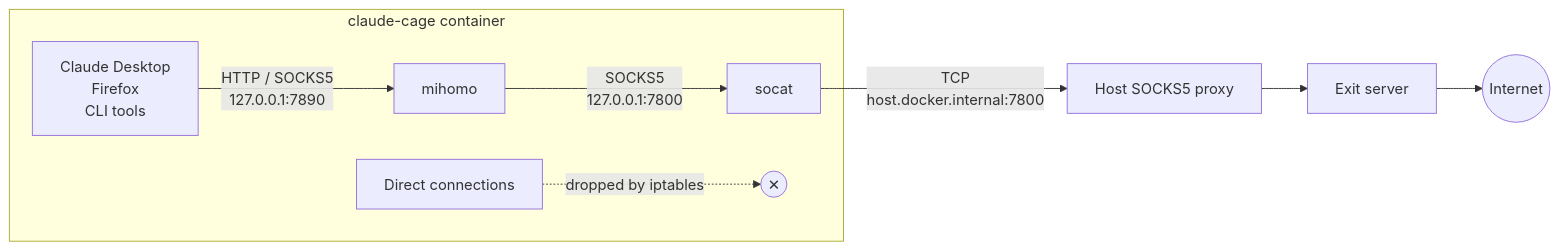
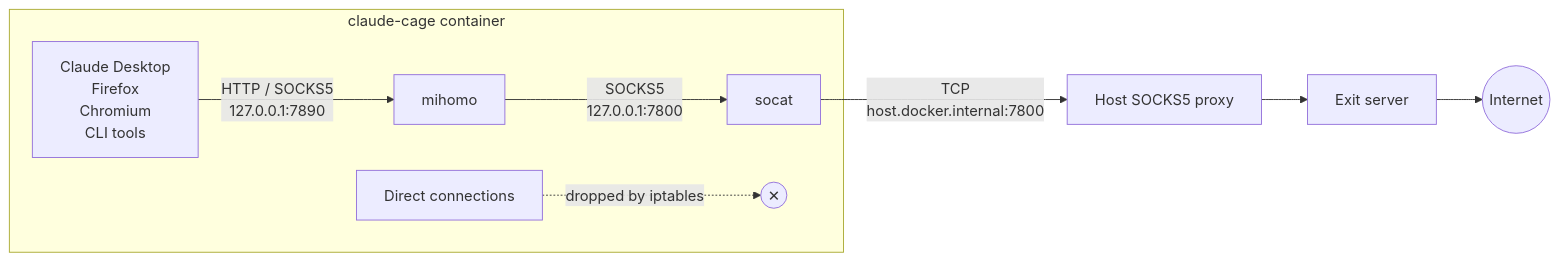
One commit to ferrobit/claude-cage changed the diagram in README.md. Above: the diagram before and after it, drawn with Mermaid. The commit also changed other lines of this file and 3 other files, not shown here.

First line of the commit message:
Add Chromium alongside Firefox

````diff
--- a/README.md
+++ b/README.md
@@ -155,11 +156,11 @@
 ```mermaid
 flowchart LR
     subgraph cage["claude-cage container"]
-        apps["Claude Desktop<br/>Firefox<br/>CLI tools"] -->|"HTTP / SOCKS5<br/>127.0.0.1:7890"| mihomo["mihomo"]
+        apps["Claude Desktop<br/>Firefox<br/>Chromium<br/>CLI tools"] -->|"HTTP / SOCKS5<br/>127.0.0.1:7890"| mihomo["mihomo"]
         mihomo -->|"SOCKS5<br/>127.0.0.1:7800"| socat["socat"]
         other["Direct connections"] -.->|"dropped by iptables"| drop(("✕"))
     end
     socat -->|"TCP<br/>host.docker.internal:7800"| host["Host SOCKS5 proxy"]
     host --> vps["Exit server"]
     vps --> net(("Internet"))
 ```
````
